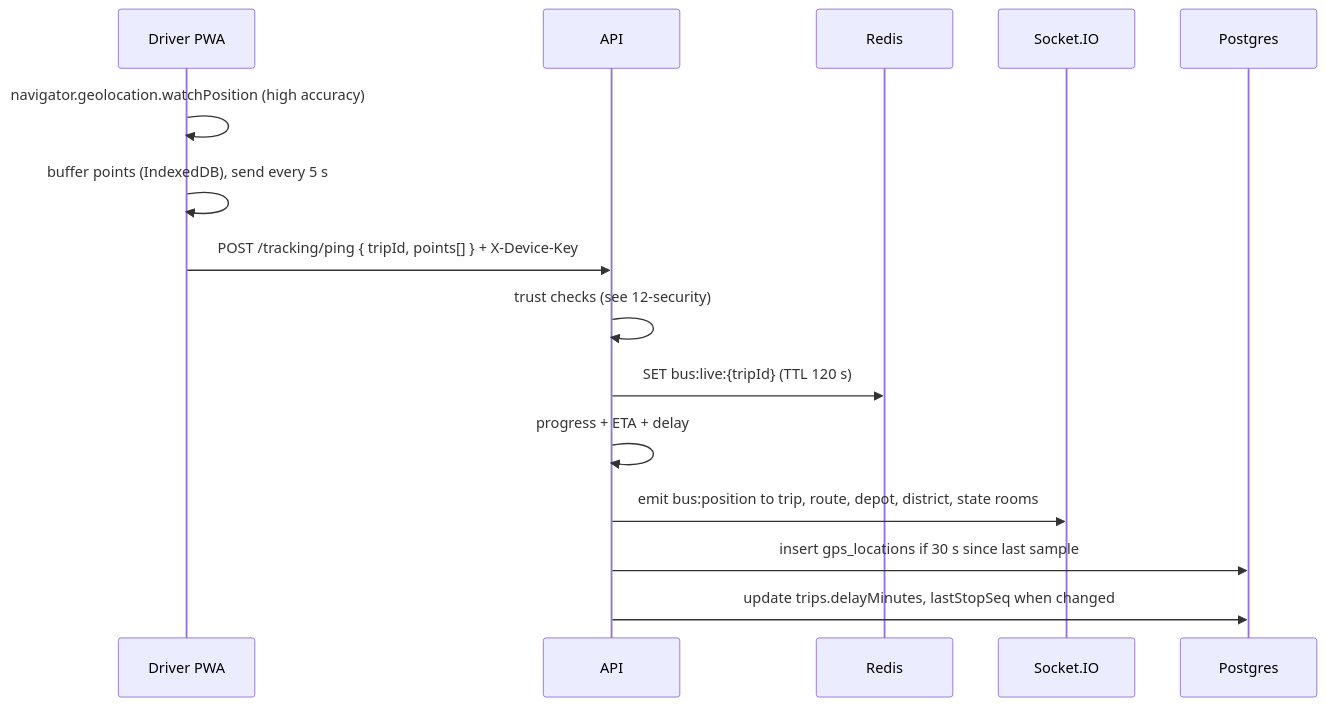
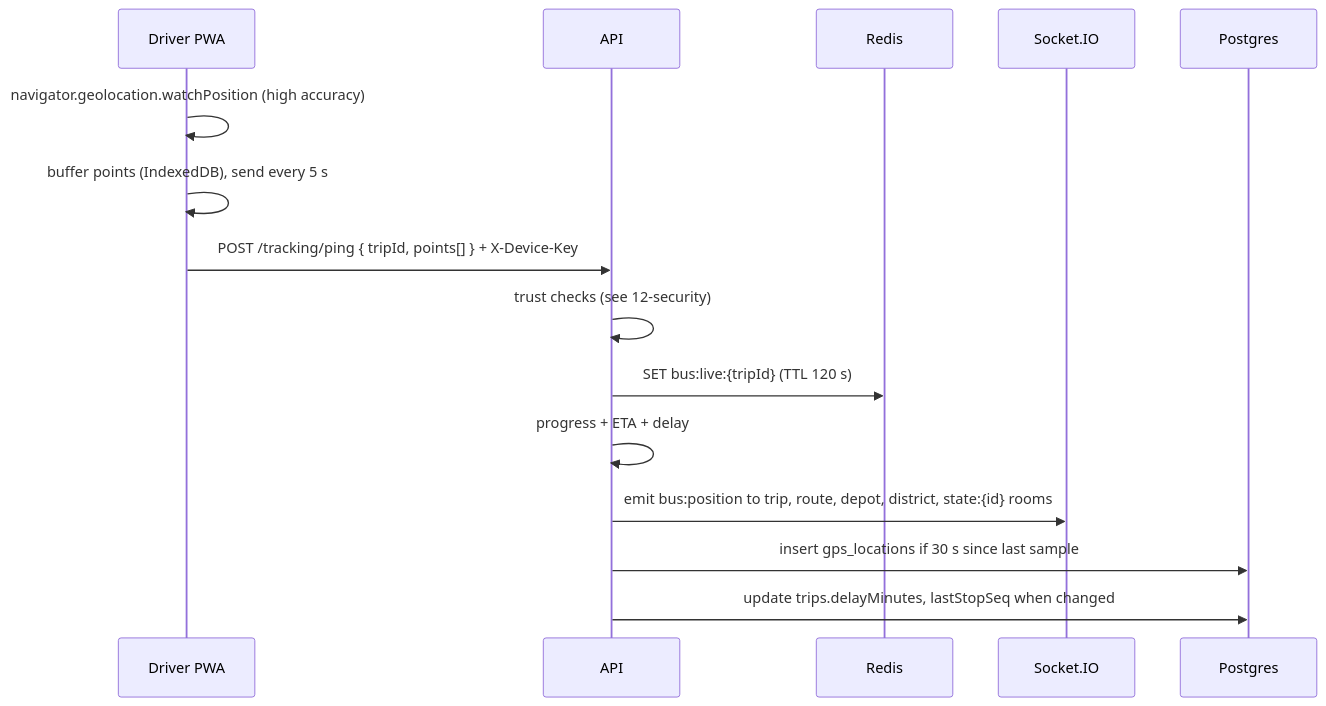
Before and after one commit to syedmukheeth/APTransit: the diagram in docs/13-realtime-tracking.md, drawn with Mermaid. The commit also changed other lines of this file and 13 other files, not shown here.

````diff
--- a/docs/13-realtime-tracking.md
+++ b/docs/13-realtime-tracking.md
@@ -7,17 +7,17 @@
 ```mermaid
 sequenceDiagram
   participant D as Driver PWA
   participant A as API
   participant R as Redis
   participant S as Socket.IO
   participant P as Postgres
   D->>D: navigator.geolocation.watchPosition (high accuracy)
   D->>D: buffer points (IndexedDB), send every 5 s
   D->>A: POST /tracking/ping { tripId, points[] } + X-Device-Key
   A->>A: trust checks (see 12-security)
   A->>R: SET bus:live:{tripId} (TTL 120 s)
   A->>A: progress + ETA + delay
-  A->>S: emit bus:position to trip, route, depot, district, state rooms
+  A->>S: emit bus:position to trip, route, depot, district, state:{id} rooms
   A->>P: insert gps_locations if 30 s since last sample
   A->>P: update trips.delayMinutes, lastStopSeq when changed
 ```
````
